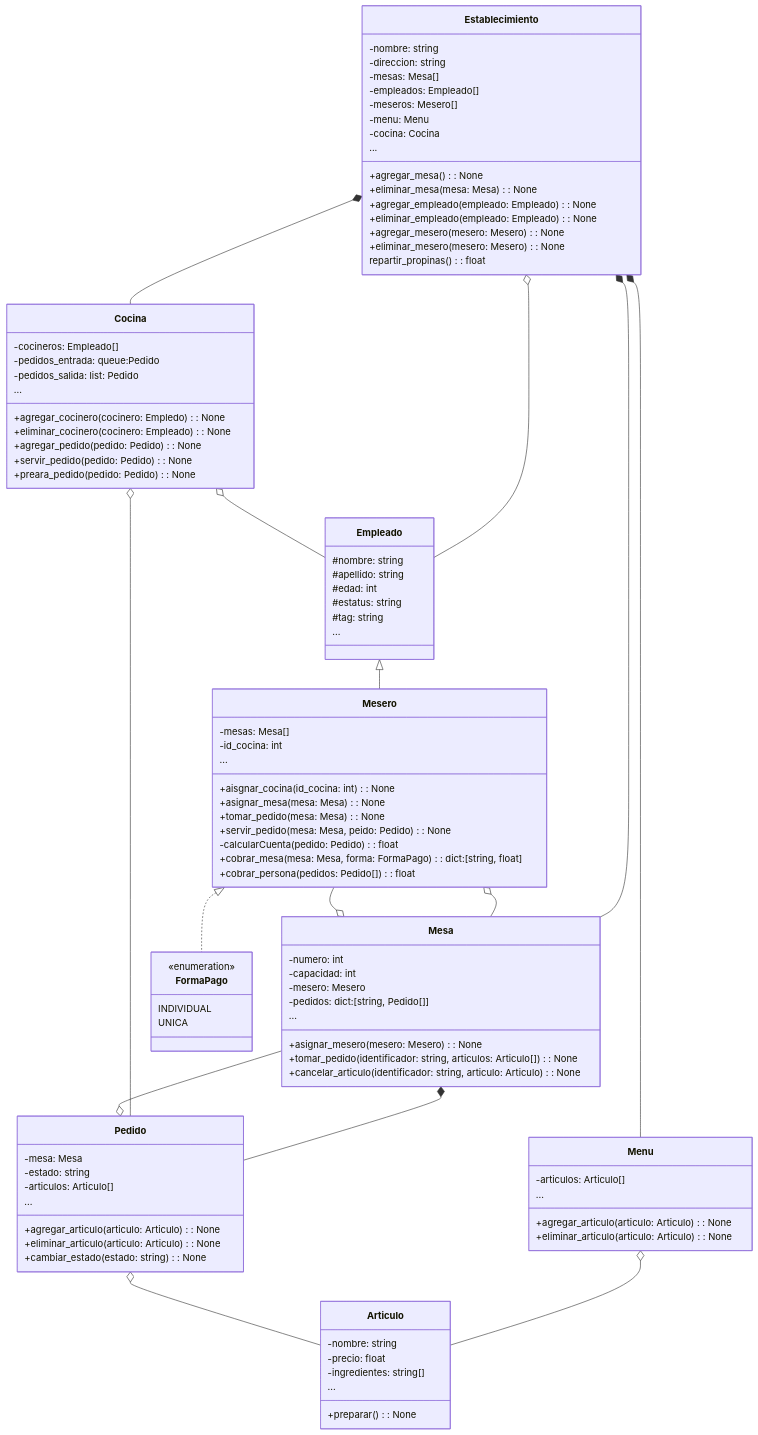
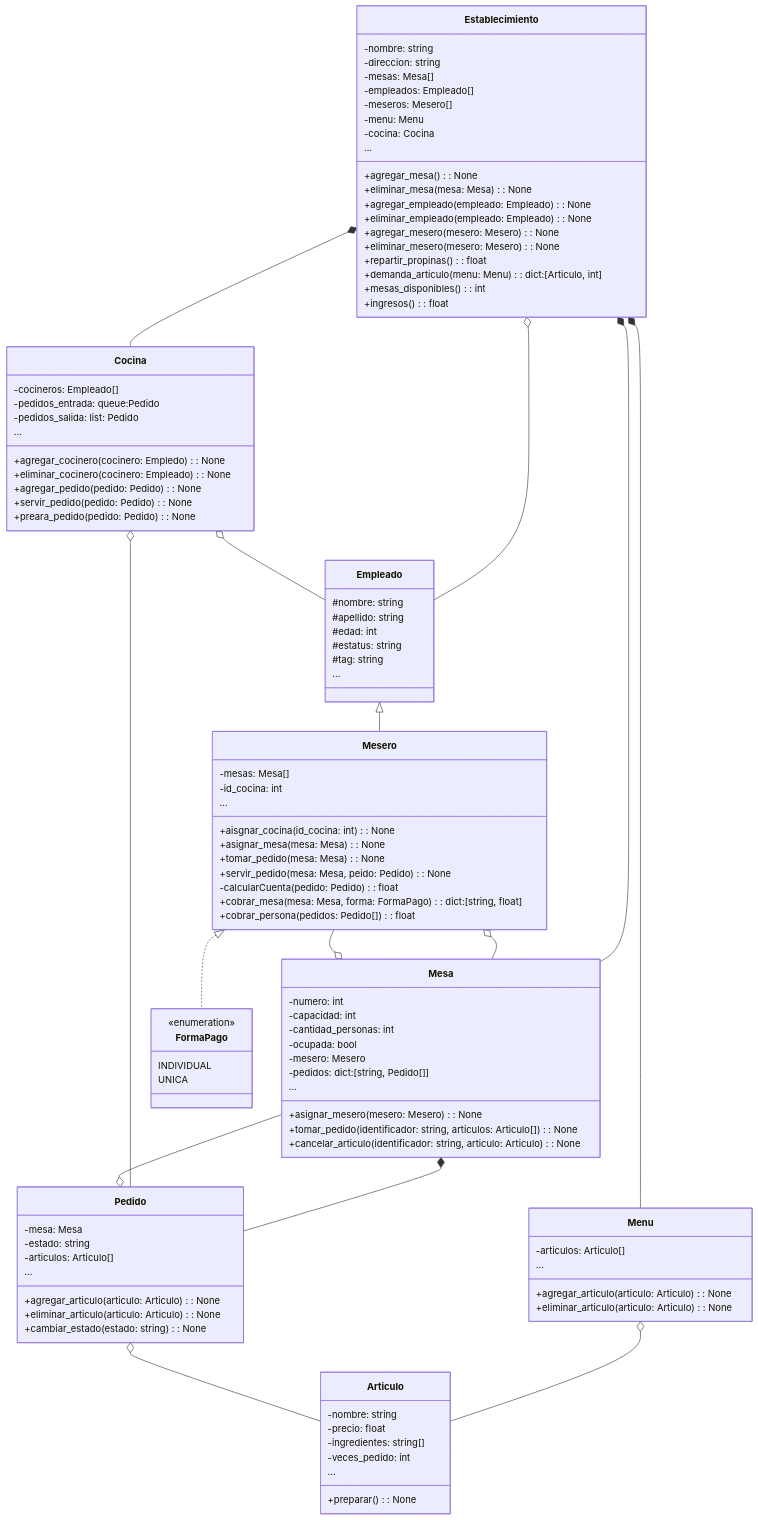
Before and after one commit to joseAcevesG/SOFT_RESTAURANT: the diagram in UML.md, drawn with Mermaid.

```diff
--- a/UML.md
+++ b/UML.md
@@ -18,7 +18,10 @@
         +eliminar_empleado(empleado: Empleado) : None
         +agregar_mesero(mesero: Mesero): None
         +eliminar_mesero(mesero: Mesero): None
-        repartir_propinas(): float
+        +repartir_propinas(): float
+        +demanda_articulo(menu: Menu): dict:[Articulo, int]
+        +mesas_disponibles(): int
+        +ingresos(): float
         ...
     }
 
@@ -63,6 +66,8 @@
     class Mesa{
         -numero: int
         -capacidad: int
+        -cantidad_personas: int
+        -ocupada: bool
         -mesero: Mesero
         -pedidos: dict:[string, Pedido[]]
         +asignar_mesero(mesero: Mesero): None
@@ -76,6 +81,7 @@
         -nombre: string
         -precio: float
         -ingredientes: string[]
+        -veces_pedido: int
         +preparar(): None
         ...
     }
```
